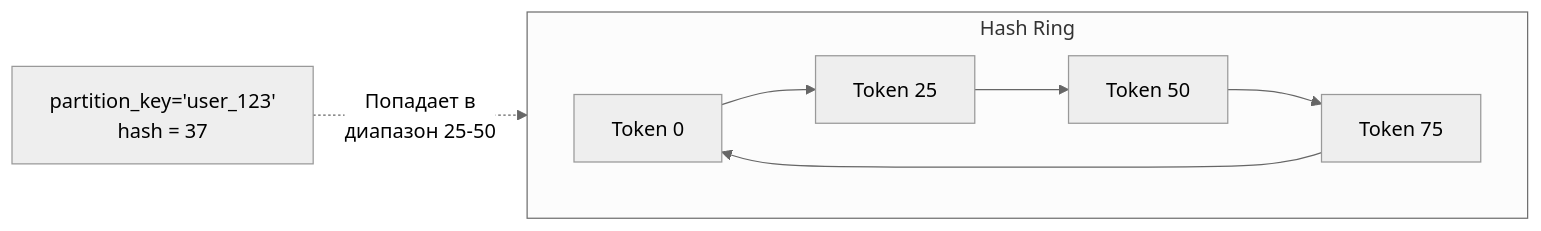
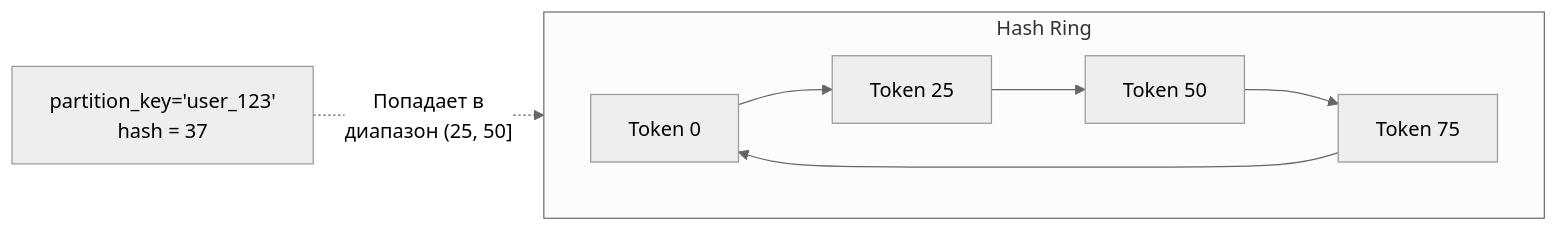
One commit to akeverus/cheat-sheet changed the third of 11 diagrams in cheatsheets/interview/databases/cassandra-interview.md. Above: the diagram before and after it, drawn with Mermaid (neutral theme). The commit also changed other lines of this file, not shown here.

````diff
--- a/cheatsheets/interview/databases/cassandra-interview.md
+++ b/cheatsheets/interview/databases/cassandra-interview.md
@@ -269,12 +197,12 @@
 ```mermaid
 graph LR
     subgraph "Hash Ring"
         direction LR
         T0["Token 0"] --> T25["Token 25"]
         T25 --> T50["Token 50"]
         T50 --> T75["Token 75"]
         T75 --> T0
     end
 
-    P1["partition_key='user_123'<br/>hash = 37"] -.->|"Попадает в<br/>диапазон 25-50"| T50
+    P1["partition_key='user_123'<br/>hash = 37"] -.->|"Попадает в<br/>диапазон (25, 50]"| T50
 ```
````
